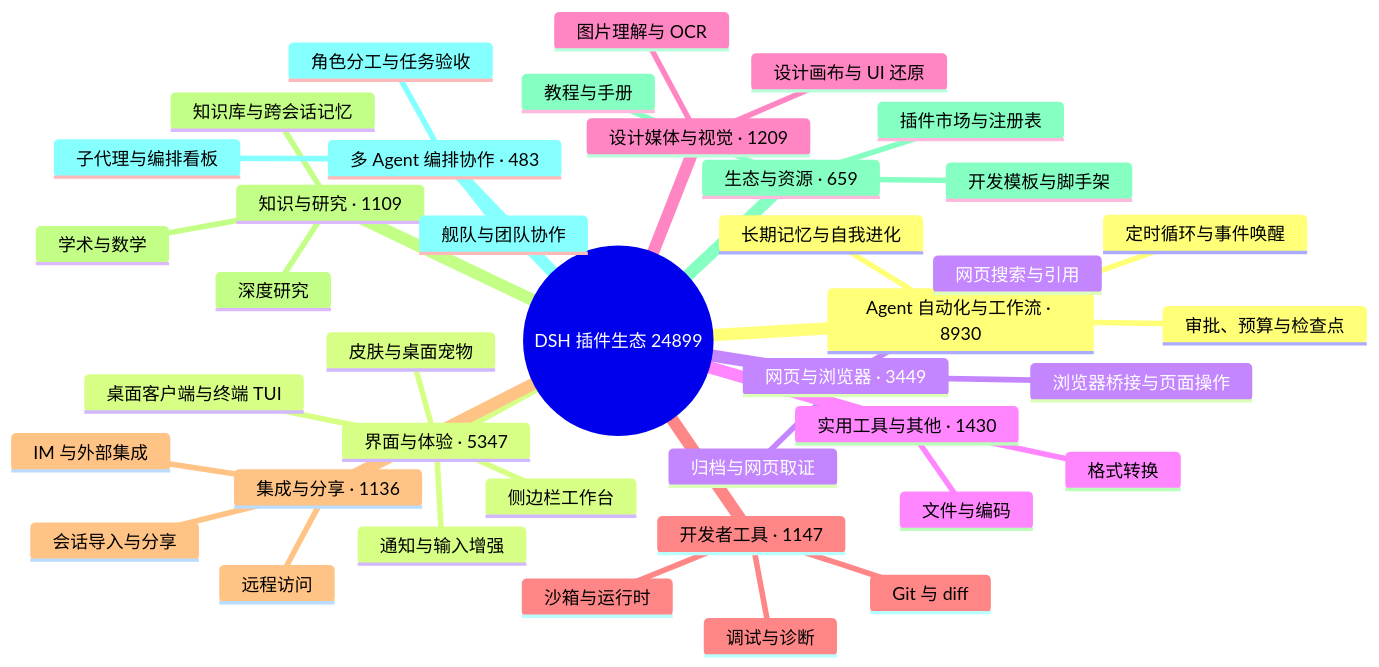
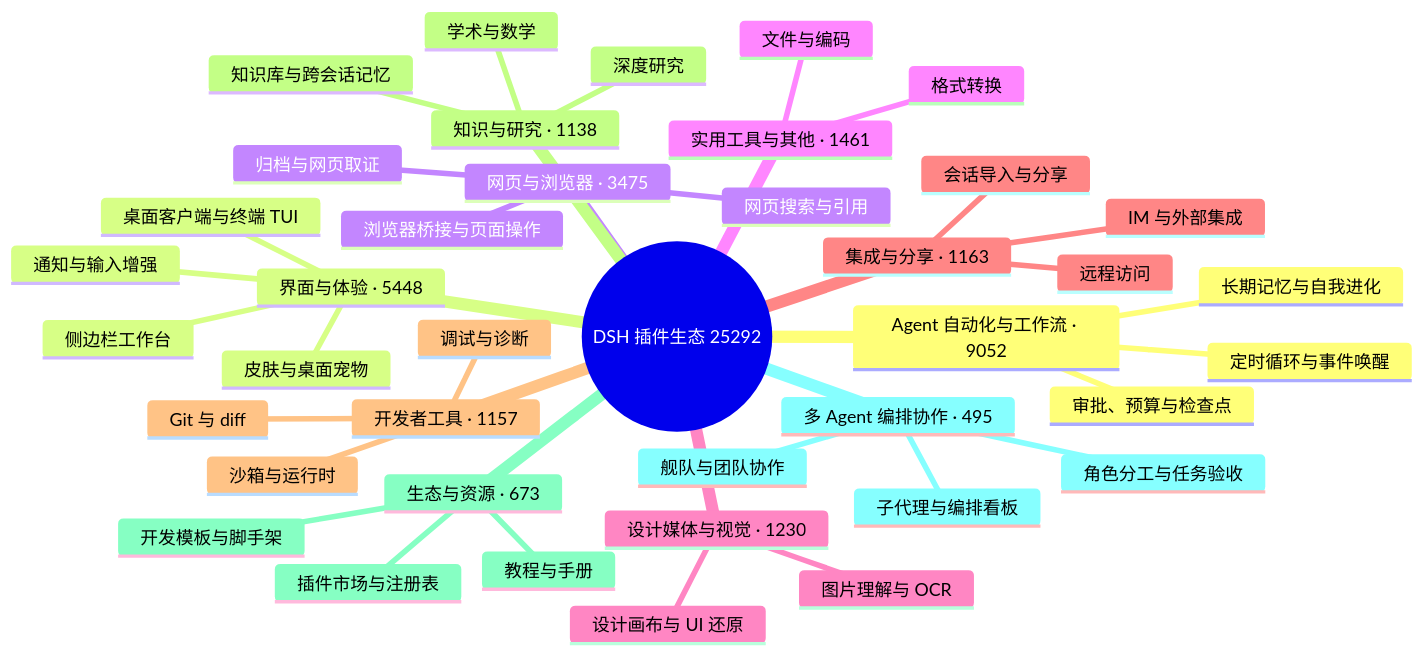
The diagram in README.md (bruc3van/awesome-dsh-plugin), drawn with Mermaid before and after one commit. The commit also changed other lines of this file and 27 other files, not shown here.

````diff
--- a/README.md
+++ b/README.md
@@ -32,43 +32,43 @@
 ```mermaid
 mindmap
-  root((DSH 插件生态 24899))
-    Agent 自动化与工作流 · 8930
+  root((DSH 插件生态 25292))
+    Agent 自动化与工作流 · 9052
       定时循环与事件唤醒
       长期记忆与自我进化
       审批、预算与检查点
-    界面与体验 · 5347
+    界面与体验 · 5448
       桌面客户端与终端 TUI
       侧边栏工作台
       皮肤与桌面宠物
       通知与输入增强
-    网页与浏览器 · 3449
+    网页与浏览器 · 3475
       浏览器桥接与页面操作
       网页搜索与引用
       归档与网页取证
-    实用工具与其他 · 1430
+    实用工具与其他 · 1461
       文件与编码
       格式转换
-    设计媒体与视觉 · 1209
+    设计媒体与视觉 · 1230
       图片理解与 OCR
       设计画布与 UI 还原
-    开发者工具 · 1147
+    集成与分享 · 1163
+      会话导入与分享
+      远程访问
+      IM 与外部集成
+    开发者工具 · 1157
       Git 与 diff
       沙箱与运行时
       调试与诊断
-    集成与分享 · 1136
-      会话导入与分享
-      远程访问
-      IM 与外部集成
-    知识与研究 · 1109
+    知识与研究 · 1138
       知识库与跨会话记忆
       深度研究
       学术与数学
-    生态与资源 · 659
+    生态与资源 · 673
       插件市场与注册表
       开发模板与脚手架
       教程与手册
-    多 Agent 编排协作 · 483
+    多 Agent 编排协作 · 495
       子代理与编排看板
       舰队与团队协作
       角色分工与任务验收
 ```
````
